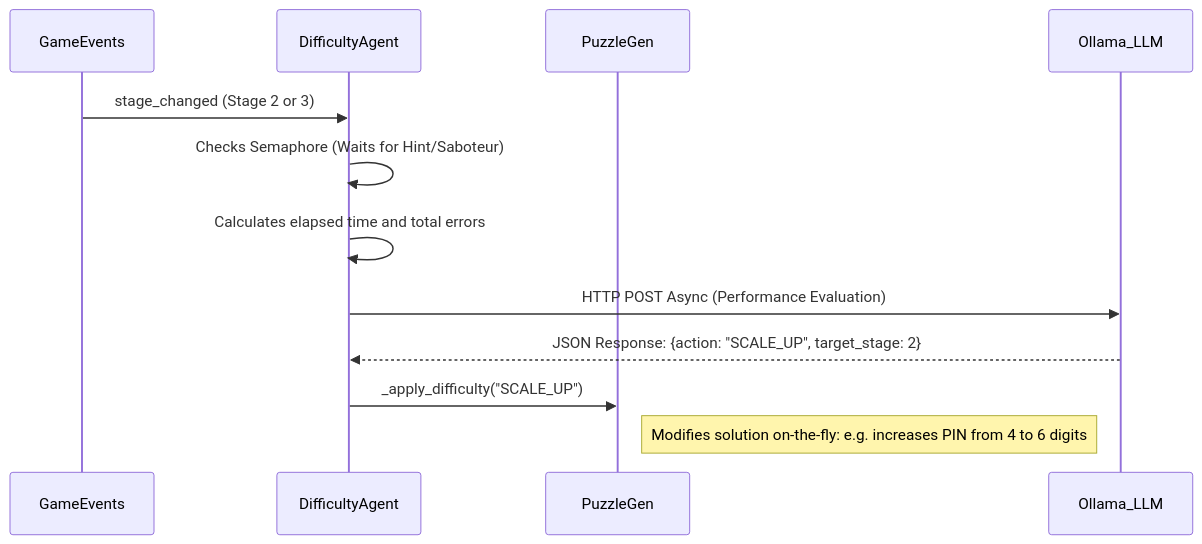
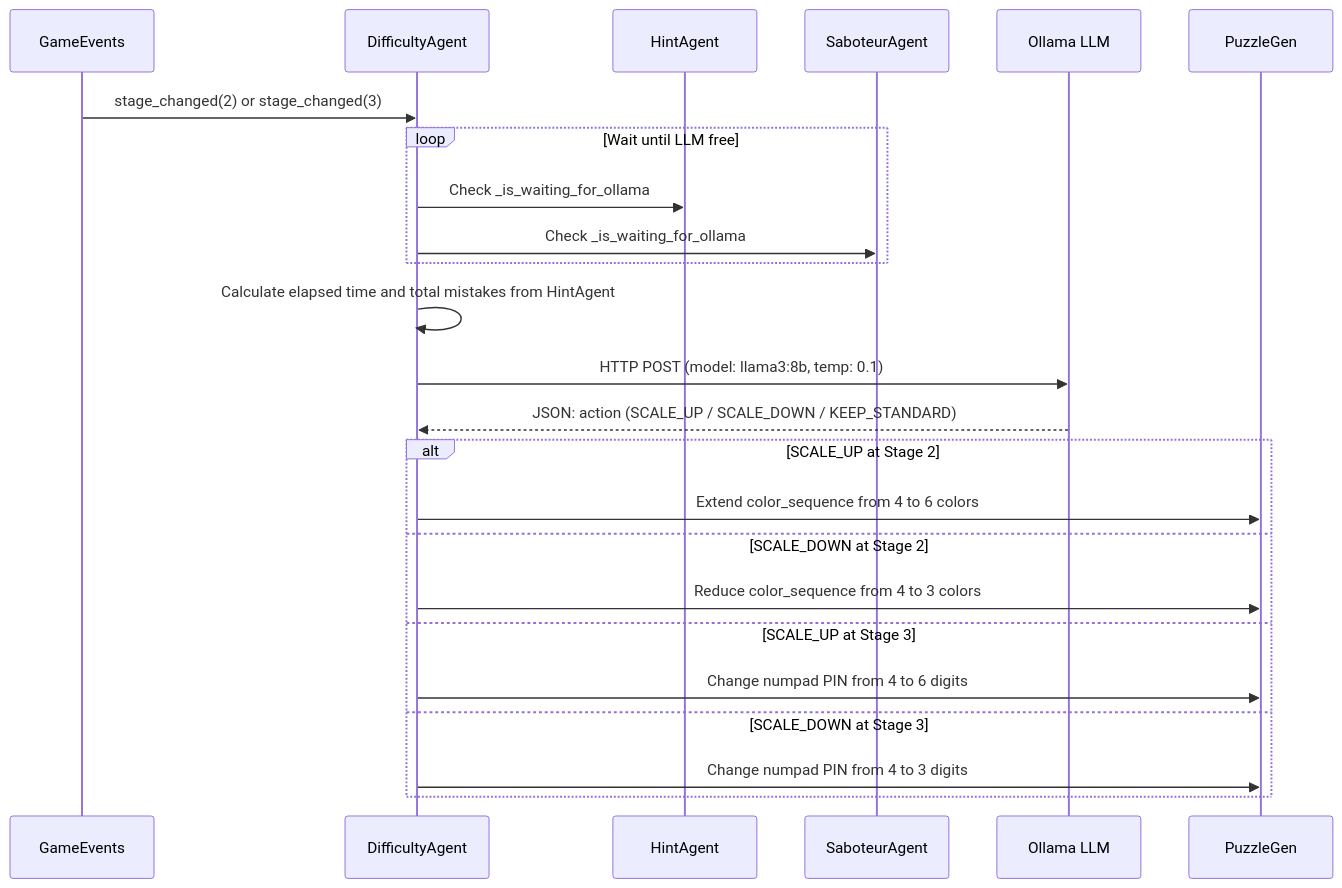
Before and after one commit to neica200/Echo-Chamber-Coop: the seventh of 10 diagrams in diagrame_arhitectura.md, drawn with Mermaid. The commit also changed other lines of this file, not shown here.

Commit message:
update diagrams

````diff
--- a/diagrame_arhitectura.md
+++ b/diagrame_arhitectura.md
@@ -215,18 +362,30 @@
 ```mermaid
 sequenceDiagram
-    participant GameEvents
-    participant DifficultyAgent
-    participant PuzzleGen
-    participant Ollama_LLM
-    
-    GameEvents->>DifficultyAgent: stage_changed (Stage 2 or 3)
-    
-    DifficultyAgent->>DifficultyAgent: Checks Semaphore (Waits for Hint/Saboteur)
-    DifficultyAgent->>DifficultyAgent: Calculates elapsed time and total errors
-    
-    DifficultyAgent->>Ollama_LLM: HTTP POST Async (Performance Evaluation)
-    Ollama_LLM-->>DifficultyAgent: JSON Response: {action: "SCALE_UP", target_stage: 2}
-    
-    DifficultyAgent->>PuzzleGen: _apply_difficulty("SCALE_UP")
-    Note right of PuzzleGen: Modifies solution on-the-fly: e.g. increases PIN from 4 to 6 digits
+    participant GE as GameEvents
+    participant DA as DifficultyAgent
+    participant HA as HintAgent
+    participant SA as SaboteurAgent
+    participant Ollama as Ollama LLM
+    participant PG as PuzzleGen
+
+    GE->>DA: stage_changed(2) or stage_changed(3)
+
+    loop Wait until LLM free
+        DA->>HA: Check _is_waiting_for_ollama
+        DA->>SA: Check _is_waiting_for_ollama
+    end
+
+    DA->>DA: Calculate elapsed time and total mistakes from HintAgent
+    DA->>Ollama: HTTP POST (model: llama3:8b, temp: 0.1)
+    Ollama-->>DA: JSON: action (SCALE_UP / SCALE_DOWN / KEEP_STANDARD)
+
+    alt SCALE_UP at Stage 2
+        DA->>PG: Extend color_sequence from 4 to 6 colors
+    else SCALE_DOWN at Stage 2
+        DA->>PG: Reduce color_sequence from 4 to 3 colors
+    else SCALE_UP at Stage 3
+        DA->>PG: Change numpad PIN from 4 to 6 digits
+    else SCALE_DOWN at Stage 3
+        DA->>PG: Change numpad PIN from 4 to 3 digits
+    end
 ```
````
